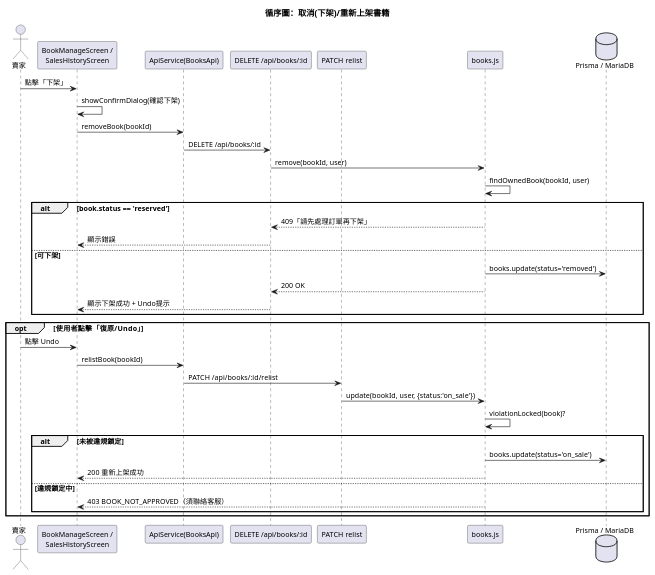
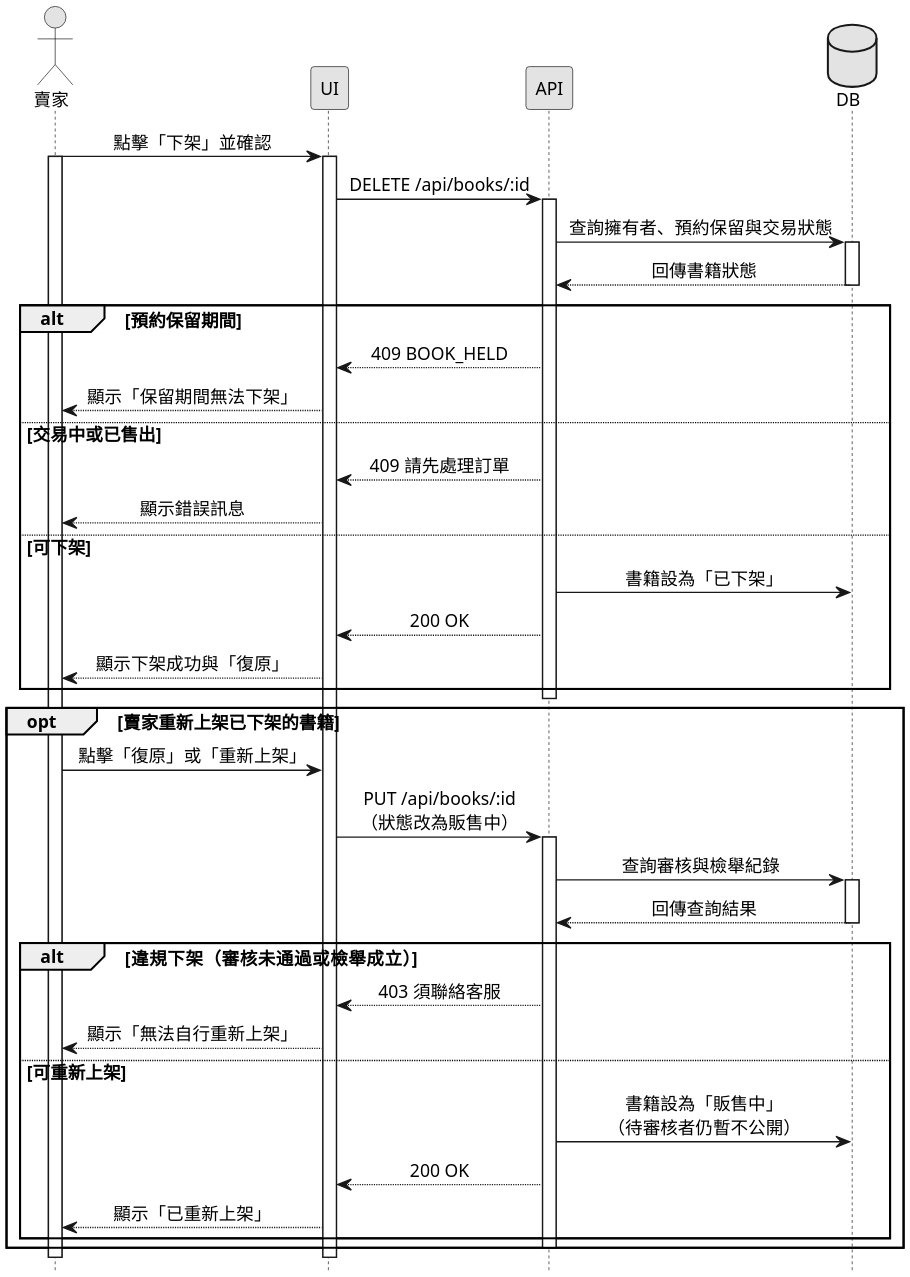
The diagram in Diagrams/Sequence Diagrams/v3/seq_delist.puml (SaveMyBook/SaveMyBook), drawn with PlantUML before and after one commit. The commit also changed 268 other files, not shown here.

```diff
--- a/Diagrams/Sequence Diagrams/v3/seq_delist.puml
+++ b/Diagrams/Sequence Diagrams/v3/seq_delist.puml
@@ -1,43 +1,58 @@
 @startuml
-!pragma layout smetana
-skinparam defaultFontName "Microsoft JhengHei"
-skinparam defaultFontSize 12
-title 循序圖：取消(下架)/重新上架書籍
+skinparam monochrome true
+skinparam shadowing false
+skinparam dpi 220
+skinparam defaultFontName "PingFang TC"
+skinparam defaultFontSize 13
+skinparam sequenceMessageAlign center
+skinparam ParticipantPadding 18
+hide footbox
 
-actor 賣家 as Seller
-participant "BookManageScreen /\nSalesHistoryScreen" as UI
-participant "ApiService(BooksApi)" as ApiSvc
-participant "DELETE /api/books/:id" as DelRoute
-participant "PATCH relist" as RelistRoute
-participant "books.js" as BooksSvc
-database "Prisma / MariaDB" as DB
+actor 賣家
+participant UI
+participant API
+database DB
 
-Seller -> UI : 點擊「下架」
-UI -> UI : showConfirmDialog(確認下架)
-UI -> ApiSvc : removeBook(bookId)
-ApiSvc -> DelRoute : DELETE /api/books/:id
-DelRoute -> BooksSvc : remove(bookId, user)
-BooksSvc -> BooksSvc : findOwnedBook(bookId, user)
-alt book.status == 'reserved'
-  BooksSvc --> DelRoute : 409「請先處理訂單再下架」
-  DelRoute --> UI : 顯示錯誤
+賣家 -> UI : 點擊「下架」並確認
+activate 賣家
+activate UI
+UI -> API : DELETE /api/books/:id
+activate API
+API -> DB : 查詢擁有者、預約保留與交易狀態
+activate DB
+DB --> API : 回傳書籍狀態
+deactivate DB
+alt 預約保留期間
+  API --> UI : 409 BOOK_HELD
+  UI --> 賣家 : 顯示「保留期間無法下架」
+else 交易中或已售出
+  API --> UI : 409 請先處理訂單
+  UI --> 賣家 : 顯示錯誤訊息
 else 可下架
-  BooksSvc -> DB : books.update(status='removed')
-  BooksSvc --> DelRoute : 200 OK
-  DelRoute --> UI : 顯示下架成功 + Undo提示
+  API -> DB : 書籍設為「已下架」
+  API --> UI : 200 OK
+  UI --> 賣家 : 顯示下架成功與「復原」
 end
+deactivate API
 
-opt 使用者點擊「復原/Undo」
-  Seller -> UI : 點擊 Undo
-  UI -> ApiSvc : relistBook(bookId)
-  ApiSvc -> RelistRoute : PATCH /api/books/:id/relist
-  RelistRoute -> BooksSvc : update(bookId, user, {status:'on_sale'})
-  BooksSvc -> BooksSvc : violationLocked(book)?
-  alt 未被違規鎖定
-    BooksSvc -> DB : books.update(status='on_sale')
-    BooksSvc --> UI : 200 重新上架成功
-  else 違規鎖定中
-    BooksSvc --> UI : 403 BOOK_NOT_APPROVED（須聯絡客服）
+opt 賣家重新上架已下架的書籍
+  賣家 -> UI : 點擊「復原」或「重新上架」
+  UI -> API : PUT /api/books/:id\n（狀態改為販售中）
+  activate API
+  API -> DB : 查詢審核與檢舉紀錄
+  activate DB
+  DB --> API : 回傳查詢結果
+  deactivate DB
+  alt 違規下架（審核未通過或檢舉成立）
+    API --> UI : 403 須聯絡客服
+    UI --> 賣家 : 顯示「無法自行重新上架」
+  else 可重新上架
+    API -> DB : 書籍設為「販售中」\n（待審核者仍暫不公開）
+    API --> UI : 200 OK
+    UI --> 賣家 : 顯示「已重新上架」
   end
+  deactivate API
 end
+deactivate UI
+deactivate 賣家
 @enduml
```
